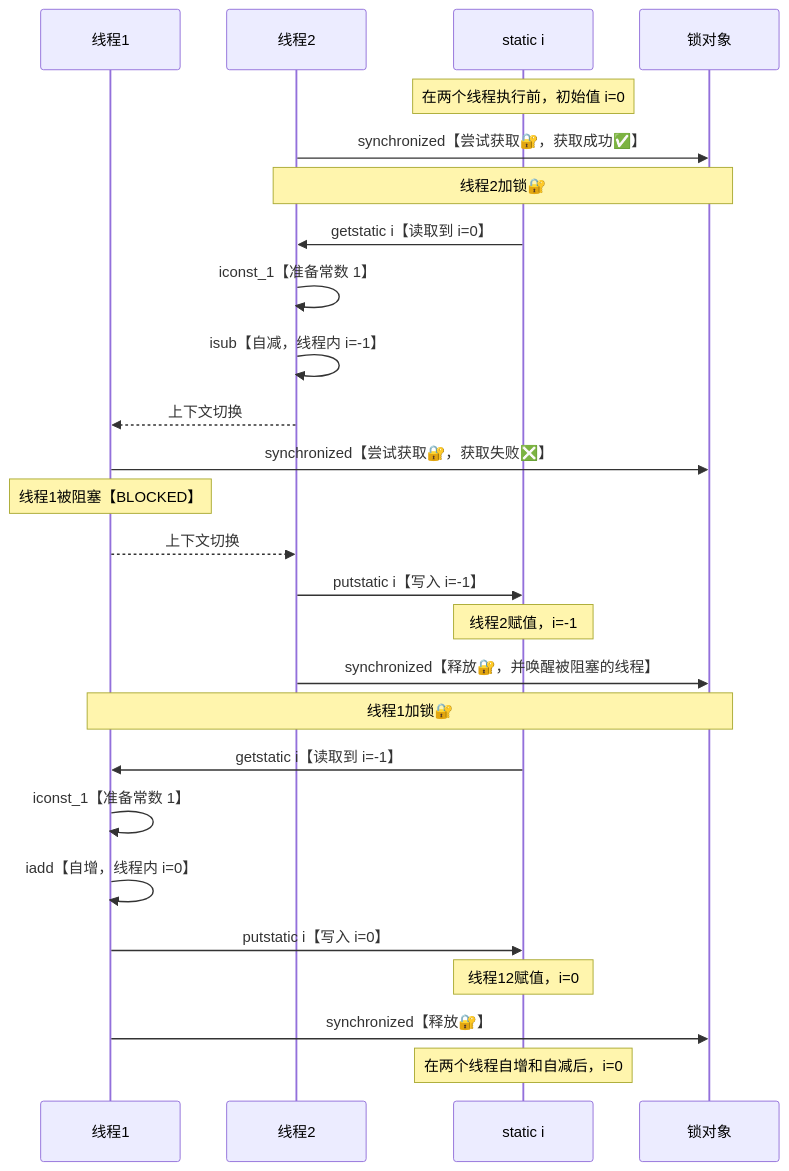
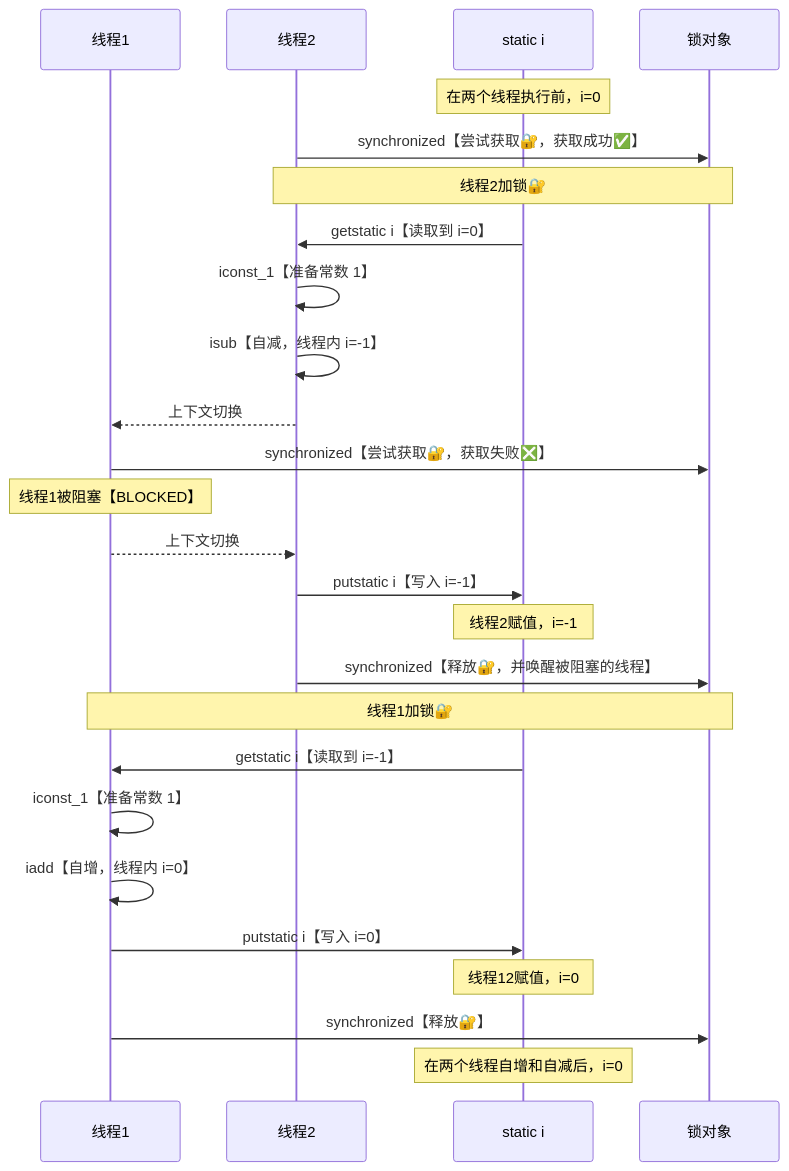
Before and after one commit to UpUpPeng/AndroidLearningNotes: the third of 5 diagrams in Java/concurrency/Java并发.md, drawn with Mermaid. The commit also changed other lines of this file and 1 other file, not shown here.

````diff
--- a/Java/concurrency/Java并发.md
+++ b/Java/concurrency/Java并发.md
@@ -673,29 +673,29 @@
 ```mermaid
 sequenceDiagram
 	participant 线程1
 	participant 线程2
 	participant static i
 	participant 锁对象
 
-    Note over static i : 在两个线程执行前，初始值 i=0
+    Note over static i : 在两个线程执行前，i=0
     线程2 ->> 锁对象 : synchronized【尝试获取🔐，获取成功✅】
     Note over 线程2,锁对象 : 线程2加锁🔐
     static i ->> 线程2 : getstatic i【读取到 i=0】
     线程2 ->> 线程2 : iconst_1【准备常数 1】
     线程2 ->> 线程2 : isub【自减，线程内 i=-1】
     线程2 -->> 线程1 : 上下文切换
     线程1 ->> 锁对象 : synchronized【尝试获取🔐，获取失败❎】
     Note over 线程1 : 线程1被阻塞【BLOCKED】
     线程1 -->> 线程2 : 上下文切换
     线程2 ->> static i : putstatic i【写入 i=-1】
     Note over static i : 线程2赋值，i=-1
     线程2 ->> 锁对象 : synchronized【释放🔐，并唤醒被阻塞的线程】
     Note over 线程1,锁对象 : 线程1加锁🔐
     static i ->> 线程1 : getstatic i【读取到 i=-1】
     线程1 ->> 线程1 : iconst_1【准备常数 1】
     线程1 ->> 线程1 : iadd【自增，线程内 i=0】
     线程1 ->> static i : putstatic i【写入 i=0】
     Note over static i : 线程12赋值，i=0
     线程1 ->> 锁对象 : synchronized【释放🔐】
     Note over static i : 在两个线程自增和自减后，i=0
 ```
````
